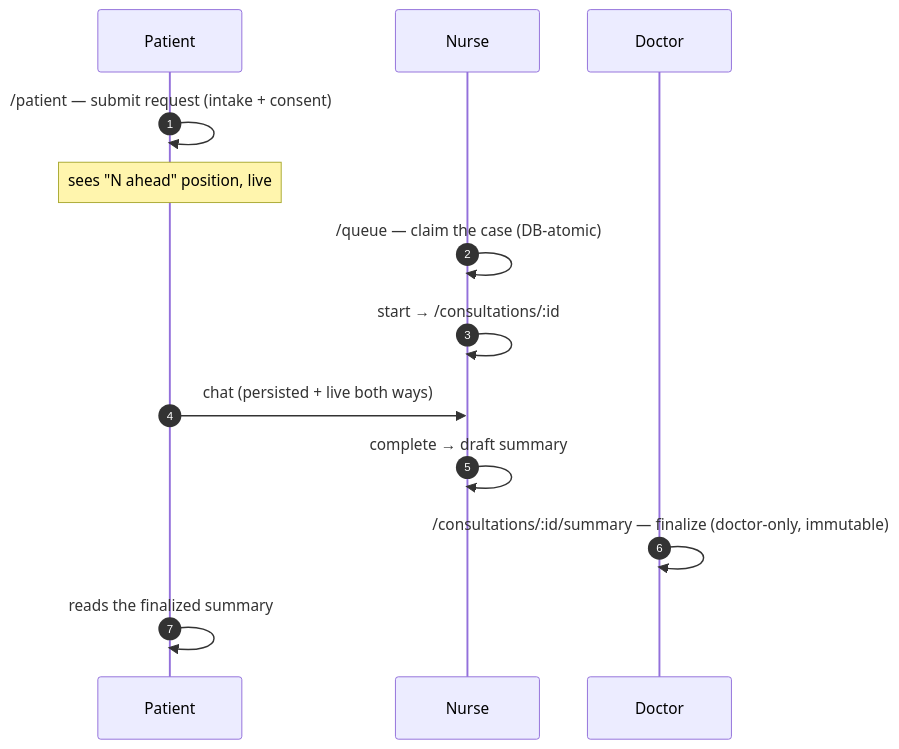
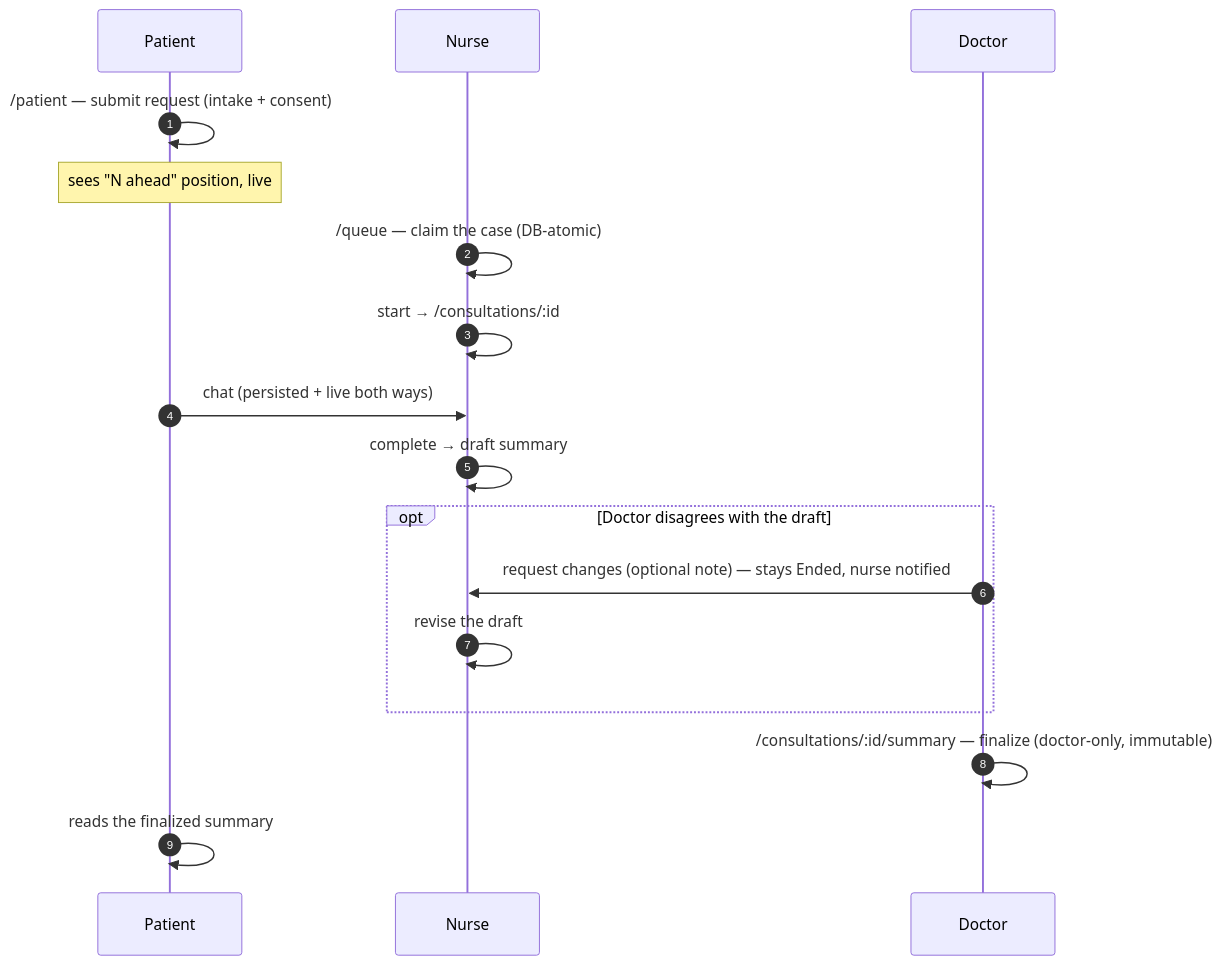
The diagram in docs/demo-script.md (akritiupreti/virtual-consultation-platform), drawn with Mermaid before and after one commit. The commit also changed other lines of this file and 20 other files, not shown here.

````diff
--- a/docs/demo-script.md
+++ b/docs/demo-script.md
@@ -54,15 +54,19 @@
 ```mermaid
 sequenceDiagram
     autonumber
     participant Pt as Patient
     participant N as Nurse
     participant D as Doctor
     Pt->>Pt: /patient — submit request (intake + consent)
     Note over Pt: sees "N ahead" position, live
     N->>N: /queue — claim the case (DB-atomic)
     N->>N: start → /consultations/:id
     Pt->>N: chat (persisted + live both ways)
     N->>N: complete → draft summary
+    opt Doctor disagrees with the draft
+        D->>N: request changes (optional note) — stays Ended, nurse notified
+        N->>N: revise the draft
+    end
     D->>D: /consultations/:id/summary — finalize (doctor-only, immutable)
     Pt->>Pt: reads the finalized summary
 ```
````
